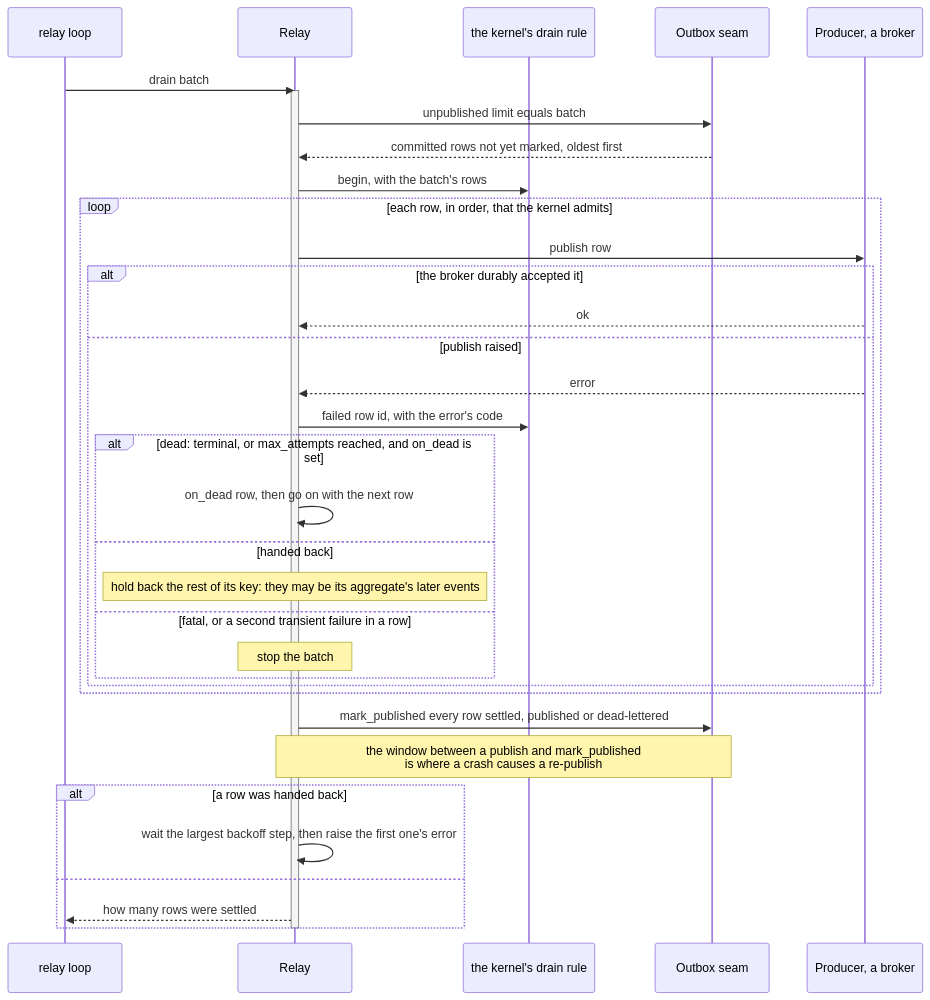
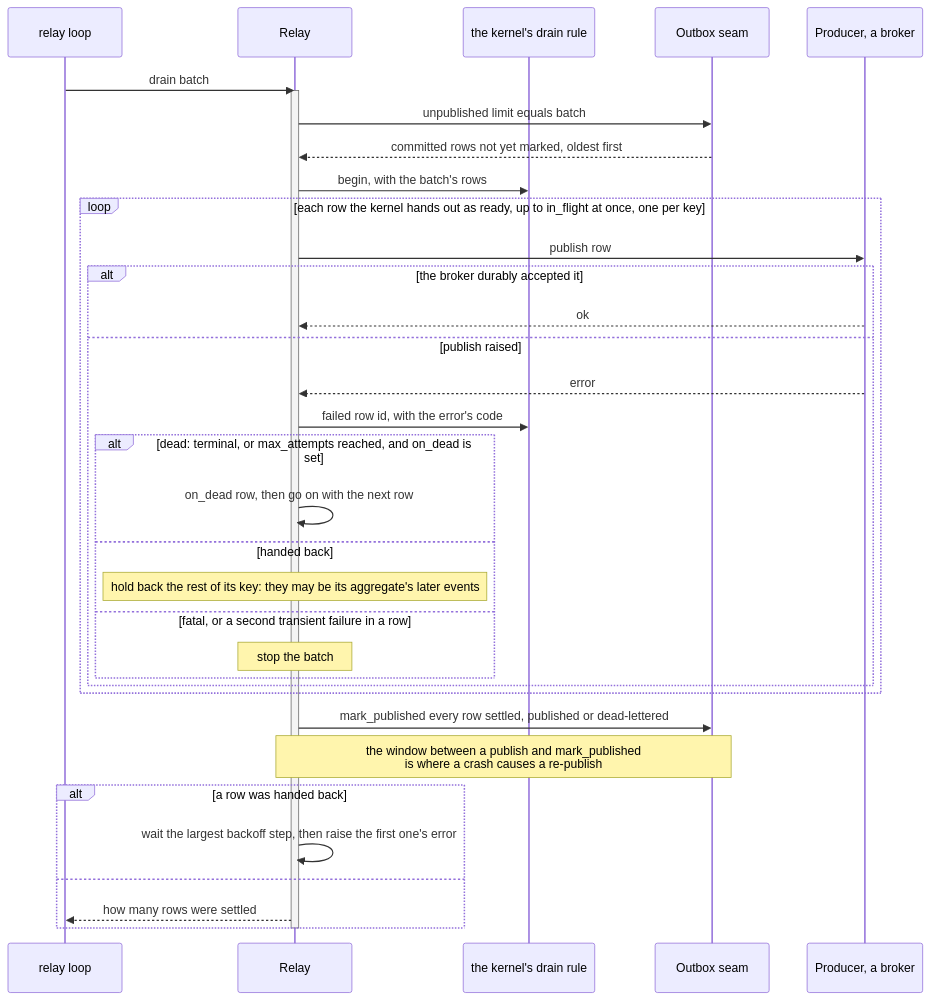
Before and after one commit to haskian/edax: the fourth of 5 diagrams in docs/sdk/outbox.md, drawn with Mermaid. The commit also changed other lines of this file and 23 other files, not shown here.

````diff
--- a/docs/sdk/outbox.md
+++ b/docs/sdk/outbox.md
@@ -168,38 +168,38 @@
 ```mermaid
 sequenceDiagram
     participant L as relay loop
     participant R as Relay
     participant K as the kernel's drain rule
     participant S as Outbox seam
     participant P as Producer, a broker
 
     L->>R: drain batch
     activate R
     R->>S: unpublished limit equals batch
     S-->>R: committed rows not yet marked, oldest first
     R->>K: begin, with the batch's rows
-    loop each row, in order, that the kernel admits
+    loop each row the kernel hands out as ready, up to in_flight at once, one per key
         R->>P: publish row
         alt the broker durably accepted it
             P-->>R: ok
         else publish raised
             P-->>R: error
             R->>K: failed row id, with the error's code
             alt dead: terminal, or max_attempts reached, and on_dead is set
                 R->>R: on_dead row, then go on with the next row
             else handed back
                 Note over R: hold back the rest of its key: they may be its aggregate's later events
             else fatal, or a second transient failure in a row
                 Note over R: stop the batch
             end
         end
     end
     R->>S: mark_published every row settled, published or dead-lettered
     Note over R,S: the window between a publish and mark_published<br/>is where a crash causes a re-publish
     alt a row was handed back
         R->>R: wait the largest backoff step, then raise the first one's error
     else
         R-->>L: how many rows were settled
     end
     deactivate R
 ```
````
